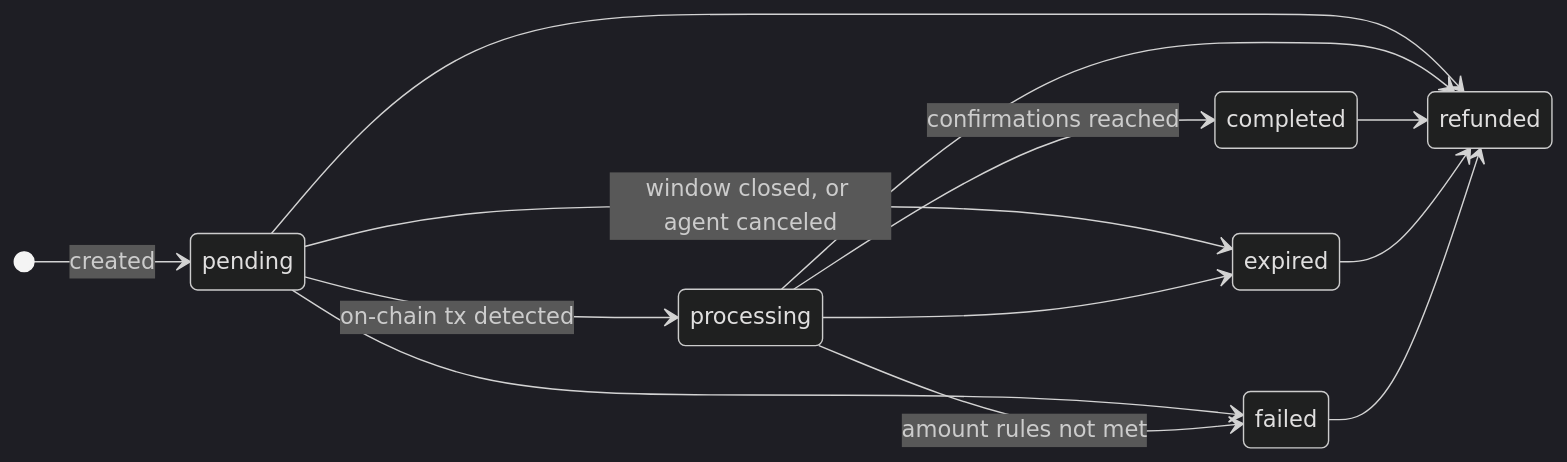
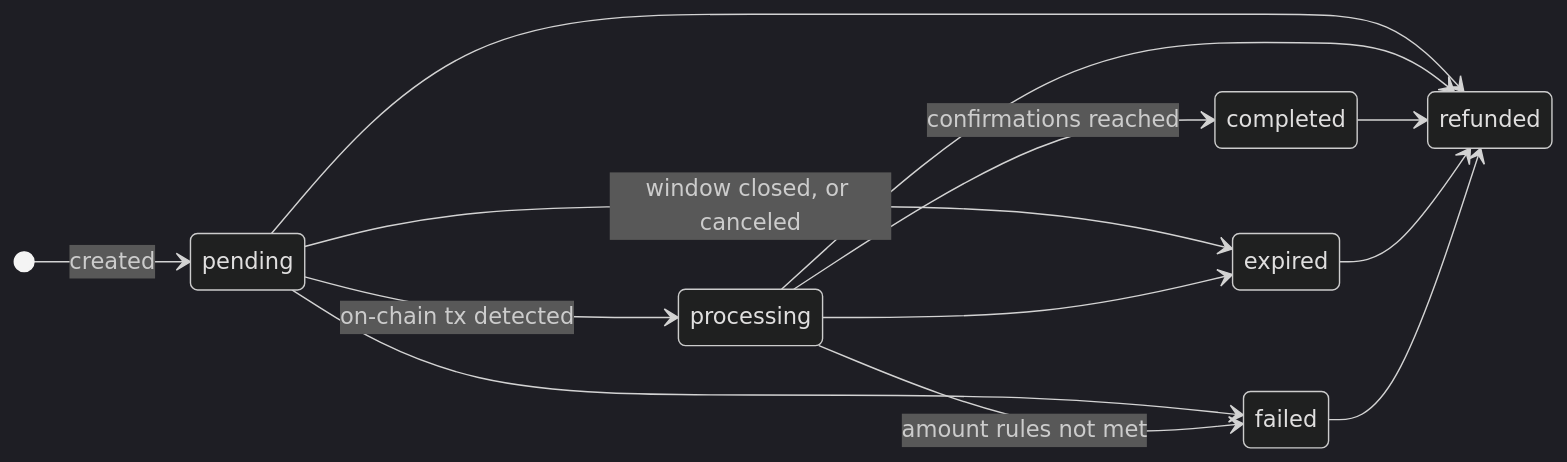
The diagram in payment-lifecycle.mdx (southpay/docs), drawn with Mermaid (dark theme) before and after one commit. The commit also changed other lines of this file and 3 other files, not shown here.

````diff
--- a/payment-lifecycle.mdx
+++ b/payment-lifecycle.mdx
@@ -27,20 +27,20 @@
 ```mermaid
 stateDiagram-v2
   direction LR
 
   [*] --> pending : created
 
   pending --> processing : on-chain tx detected
-  pending --> expired : window closed, or agent canceled
+  pending --> expired : window closed, or canceled
   pending --> failed
 
   processing --> completed : confirmations reached
   processing --> failed : amount rules not met
   processing --> expired
 
   pending --> refunded
   processing --> refunded
   completed --> refunded
   expired --> refunded
   failed --> refunded
 ```
````
